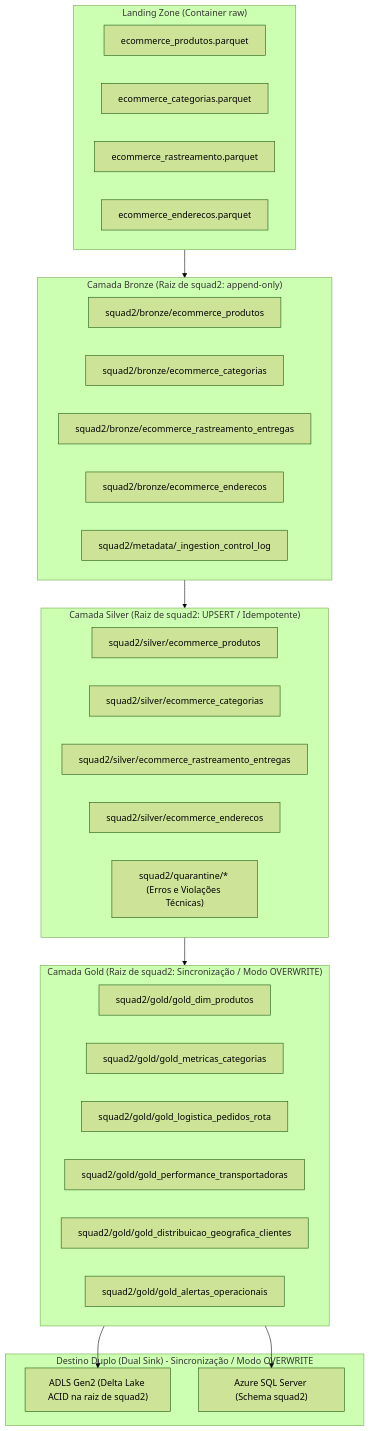
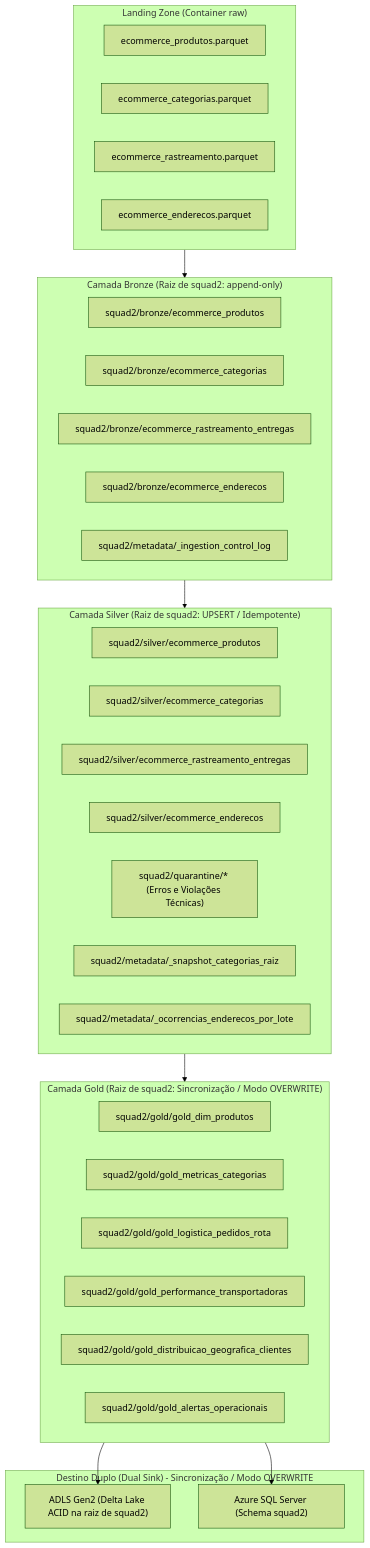
Before and after one commit to GeovanyADCancio/estagio-empregadados-turma-2: the first of 2 diagrams in squad2/README.md, drawn with Mermaid (forest theme). The commit also changed other lines of this file and 1 other file, not shown here.

````diff
--- a/squad2/README.md
+++ b/squad2/README.md
@@ -33,45 +35,47 @@
 ```mermaid
 flowchart TD
     subgraph RAW ["Landing Zone (Container raw)"]
         R1["ecommerce_produtos.parquet"]
         R2["ecommerce_categorias.parquet"]
         R3["ecommerce_rastreamento.parquet"]
         R4["ecommerce_enderecos.parquet"]
     end
 
     subgraph BRONZE ["Camada Bronze (Raiz de squad2: append-only)"]
         B1["squad2/bronze/ecommerce_produtos"]
         B2["squad2/bronze/ecommerce_categorias"]
         B3["squad2/bronze/ecommerce_rastreamento_entregas"]
         B4["squad2/bronze/ecommerce_enderecos"]
         B_CTRL["squad2/metadata/_ingestion_control_log"]
     end
 
     subgraph SILVER ["Camada Silver (Raiz de squad2: UPSERT / Idempotente)"]
         S1["squad2/silver/ecommerce_produtos"]
         S2["squad2/silver/ecommerce_categorias"]
         S3["squad2/silver/ecommerce_rastreamento_entregas"]
         S4["squad2/silver/ecommerce_enderecos"]
         Q["squad2/quarantine/* (Erros e Violações Técnicas)"]
+        M1["squad2/metadata/_snapshot_categorias_raiz"]
+        M2["squad2/metadata/_ocorrencias_enderecos_por_lote"]
     end
 
     subgraph GOLD ["Camada Gold (Raiz de squad2: Sincronização / Modo OVERWRITE)"]
         G1["squad2/gold/gold_dim_produtos"]
         G2["squad2/gold/gold_metricas_categorias"]
         G3["squad2/gold/gold_logistica_pedidos_rota"]
         G4["squad2/gold/gold_performance_transportadoras"]
         G5["squad2/gold/gold_distribuicao_geografica_clientes"]
         G6["squad2/gold/gold_alertas_operacionais"]
     end
 
     subgraph DESTINOS ["Destino Duplo (Dual Sink) - Sincronização / Modo OVERWRITE"]
         D_LAKE["ADLS Gen2 (Delta Lake ACID na raiz de squad2)"]
         D_SQL["Azure SQL Server (Schema squad2)"]
     end
 
     RAW --> BRONZE
     BRONZE --> SILVER
     SILVER --> GOLD
     GOLD --> D_LAKE
     GOLD --> D_SQL
 ```
````
